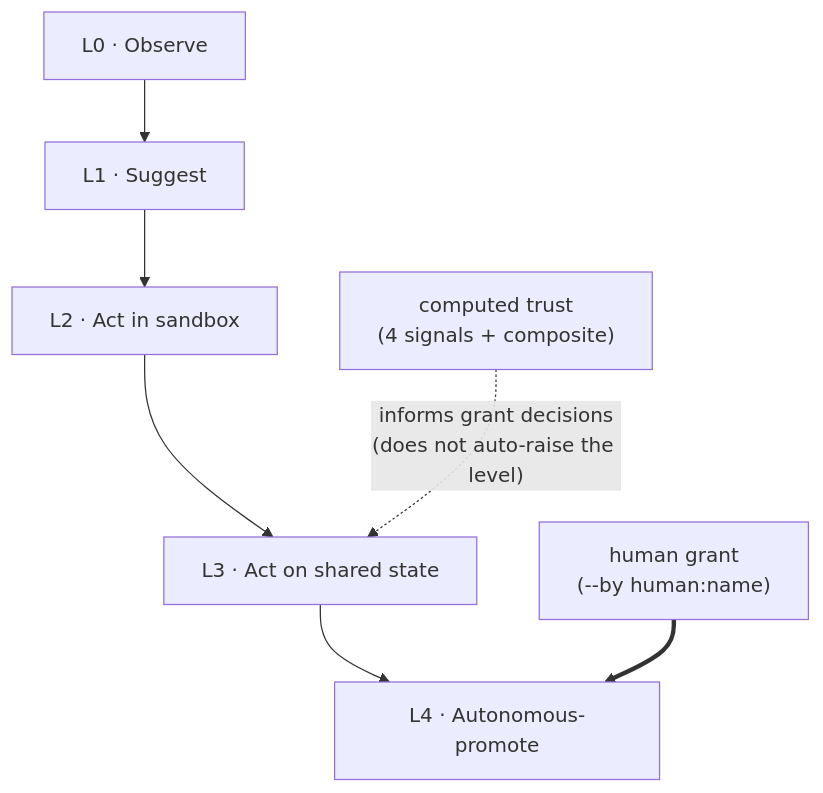
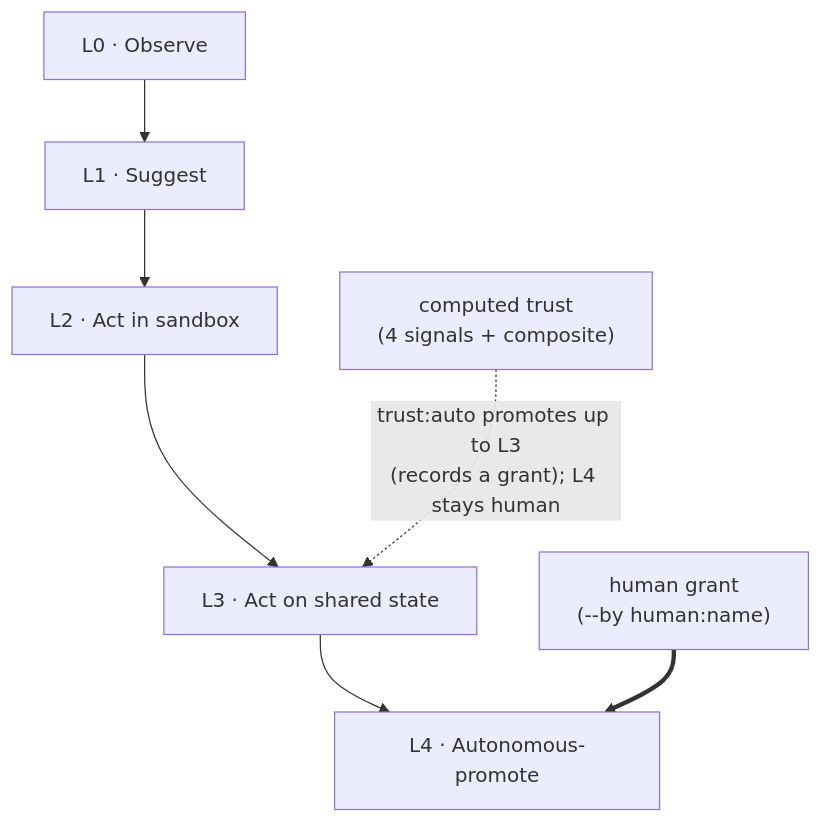
One commit to good-night-oppie/bene changed the third of 3 diagrams in docs/design/architecture-diagrams.md. Above: the diagram before and after it, drawn with Mermaid. The commit also changed other lines of this file and 5 other files, not shown here.

First line of the commit message:
docs: round-2 accuracy — trust auto-promote, WAL checkpoint, mh id, retrieval, setup

````diff
--- a/docs/design/architecture-diagrams.md
+++ b/docs/design/architecture-diagrams.md
@@ -62,9 +63,9 @@
 ```mermaid
 flowchart TB
     L0["L0 · Observe"] --> L1["L1 · Suggest"]
     L1 --> L2["L2 · Act in sandbox"]
     L2 --> L3["L3 · Act on shared state"]
     L3 --> L4["L4 · Autonomous-promote"]
-    Trust["computed trust<br/>(4 signals + composite)"] -. "informs grant decisions<br/>(does not auto-raise the level)" .-> L3
+    Trust["computed trust<br/>(4 signals + composite)"] -. "trust:auto promotes up to L3<br/>(records a grant); L4 stays human" .-> L3
     Human["human grant<br/>(--by human:name)"] ==> L4
 ```
````
